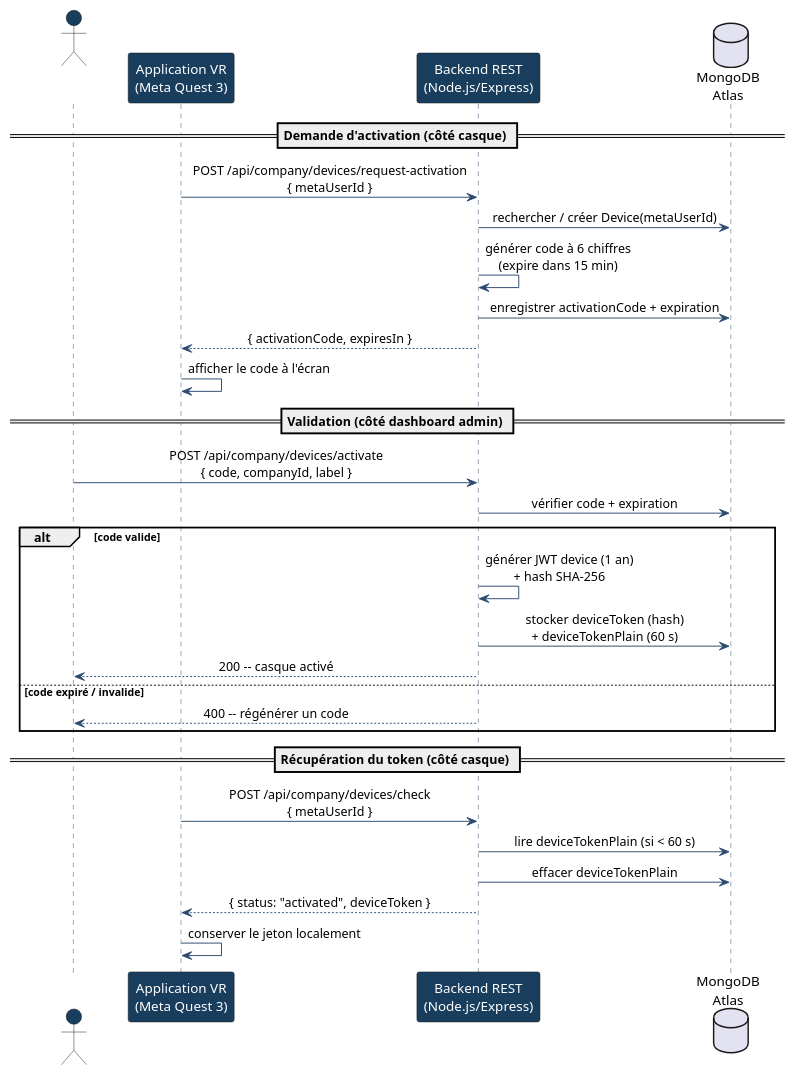
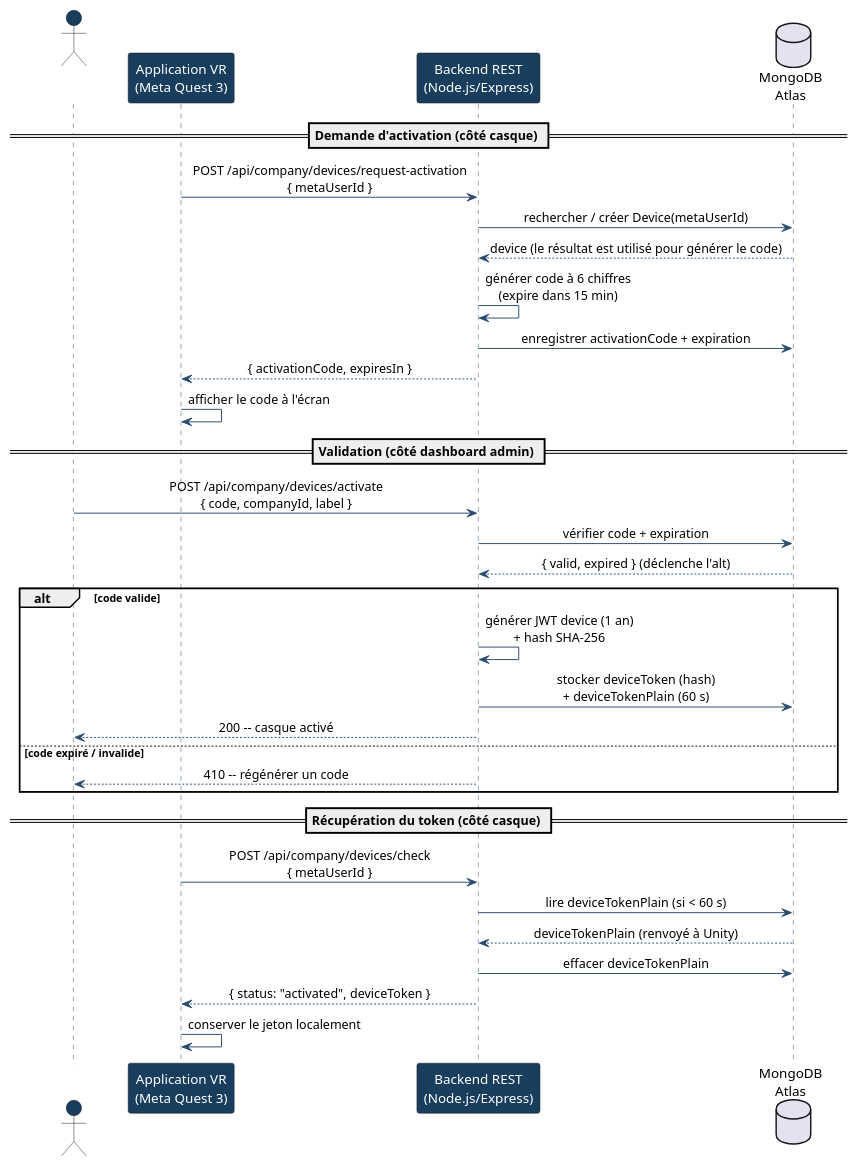
Before and after one commit to sayenjabo/TynassIt_PFE: the diagram in PUML/seq_activation_casque.puml, drawn with PlantUML. The commit also changed 68 other files, not shown here.

```diff
--- a/PUML/seq_activation_casque.puml
+++ b/PUML/seq_activation_casque.puml
@@ -1,46 +1,50 @@
 @startuml Sequence_activation_casque
 ' Diagramme de séquence --- Activation d'un casque Meta Quest 3
 ' Basé sur les routes réelles du backend Immersio.
 skinparam shadowing false
 skinparam sequenceMessageAlign center
 skinparam ParticipantBackgroundColor #183D5D
 skinparam ParticipantFontColor #FFFFFF
 skinparam ActorBackgroundColor #183D5D
 skinparam ActorFontColor #FFFFFF
 skinparam SequenceLifeLineBorderColor #2B4B6F
 skinparam ArrowColor #2B4B6F
 skinparam NoteBackgroundColor #FDF6D8
 skinparam NoteBorderColor #C9A227
 
 actor "Admin\n(Staff Tynass)" as Admin
 participant "Application VR\n(Meta Quest 3)" as Unity
 participant "Backend REST\n(Node.js/Express)" as API
 database "MongoDB\nAtlas" as DB
 
 == Demande d'activation (côté casque) ==
 Unity -> API : POST /api/company/devices/request-activation\n{ metaUserId }
 API -> DB : rechercher / créer Device(metaUserId)
+DB --> API : device (le résultat est utilisé pour générer le code)
 API -> API : générer code à 6 chiffres\n(expire dans 15 min)
 API -> DB : enregistrer activationCode + expiration
 API --> Unity : { activationCode, expiresIn }
 Unity -> Unity : afficher le code à l'écran
 
+
 == Validation (côté dashboard admin) ==
 Admin -> API : POST /api/company/devices/activate\n{ code, companyId, label }
 API -> DB : vérifier code + expiration
+DB --> API : { valid, expired } (déclenche l'alt)
 alt code valide
   API -> API : générer JWT device (1 an)\n+ hash SHA-256
   API -> DB : stocker deviceToken (hash)\n+ deviceTokenPlain (60 s)
   API --> Admin : 200 -- casque activé
 else code expiré / invalide
-  API --> Admin : 400 -- régénérer un code
+  API --> Admin : 410 -- régénérer un code
 end
 
 == Récupération du token (côté casque) ==
 Unity -> API : POST /api/company/devices/check\n{ metaUserId }
 API -> DB : lire deviceTokenPlain (si < 60 s)
+DB --> API : deviceTokenPlain (renvoyé à Unity)
 API -> DB : effacer deviceTokenPlain
 API --> Unity : { status: "activated", deviceToken }
 Unity -> Unity : conserver le jeton localement
 
 @enduml
```
